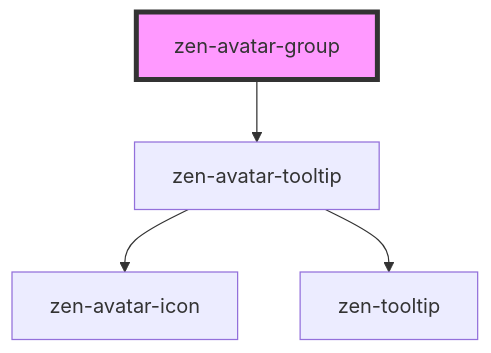
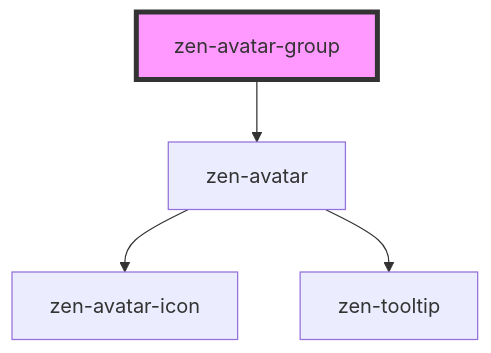
One commit to reciprocity/zen-ui changed the diagram in src/componets-smart/zen-avatar-group/readme.md. Above: the diagram before and after it, drawn with Mermaid. The commit also changed other lines of this file and 8 other files, not shown here.

Commit message:
Rename component to zen avatar

````diff
--- a/src/componets-smart/zen-avatar-group/readme.md
+++ b/src/componets-smart/zen-avatar-group/readme.md
@@ -20,7 +21,7 @@
 ```mermaid
 graph TD;
-  zen-avatar-group --> zen-avatar-tooltip
-  zen-avatar-tooltip --> zen-avatar-icon
-  zen-avatar-tooltip --> zen-tooltip
+  zen-avatar-group --> zen-avatar
+  zen-avatar --> zen-avatar-icon
+  zen-avatar --> zen-tooltip
   style zen-avatar-group fill:#f9f,stroke:#333,stroke-width:4px
 ```
````
